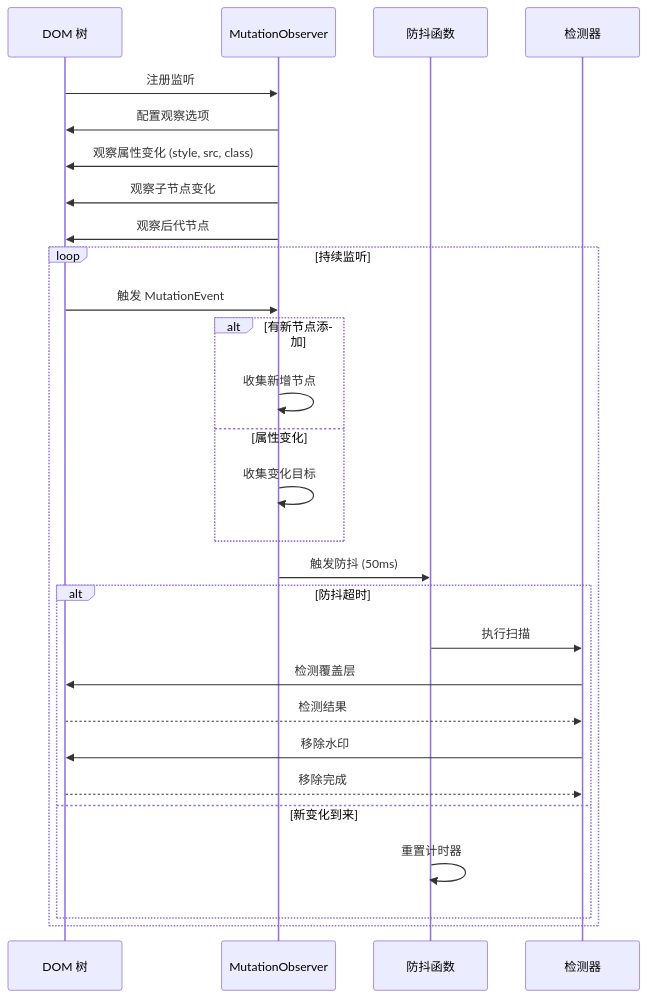
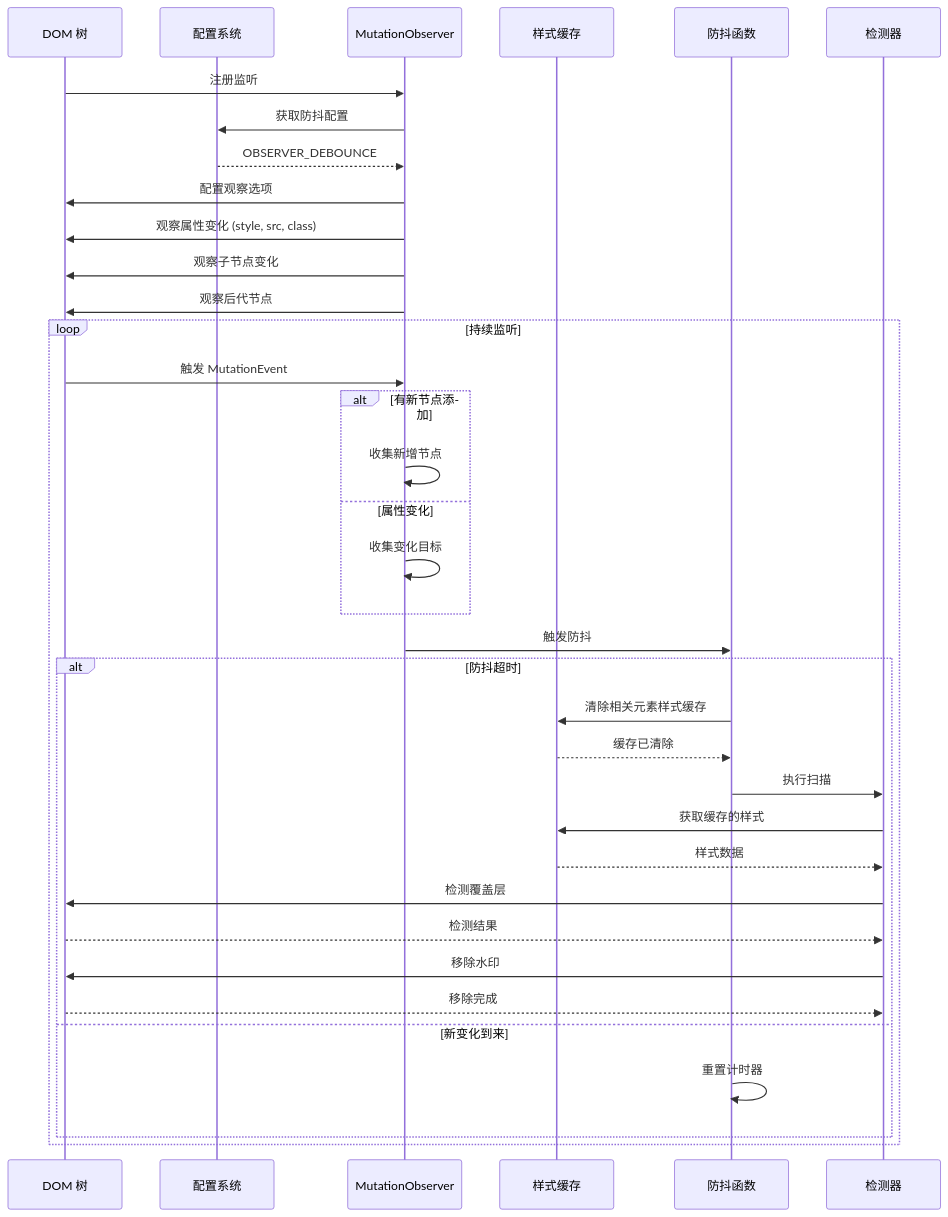
The fifth of 11 diagrams in SEQUENCE_DIAGRAMS.md (wang93wei/Xiaomi-MiMo-Studio-Watermark-Remover), drawn with Mermaid before and after one commit. The commit also changed other lines of this file, not shown here.

First line of the commit message:
更新时序图文档到 v1.3.5

````diff
--- a/SEQUENCE_DIAGRAMS.md
+++ b/SEQUENCE_DIAGRAMS.md
@@ -197,35 +295,44 @@
 ```mermaid
 sequenceDiagram
     participant DOM as DOM 树
+    participant Config as 配置系统
     participant Observer as MutationObserver
+    participant StyleCache as 样式缓存
     participant Debounce as 防抖函数
     participant Scanner as 检测器
 
     DOM->>Observer: 注册监听
+    Observer->>Config: 获取防抖配置
+    Config-->>Observer: OBSERVER_DEBOUNCE
     Observer->>DOM: 配置观察选项
     Observer->>DOM: 观察属性变化 (style, src, class)
     Observer->>DOM: 观察子节点变化
     Observer->>DOM: 观察后代节点
-    
+
     loop 持续监听
         DOM->>Observer: 触发 MutationEvent
-        
+
         alt 有新节点添加
             Observer->>Observer: 收集新增节点
         else 属性变化
             Observer->>Observer: 收集变化目标
         end
-        
-        Observer->>Debounce: 触发防抖 (50ms)
-        
+
+        Observer->>Debounce: 触发防抖
+
         alt 防抖超时
+            Debounce->>StyleCache: 清除相关元素样式缓存
+            StyleCache-->>Debounce: 缓存已清除
+
             Debounce->>Scanner: 执行扫描
+            Scanner->>StyleCache: 获取缓存的样式
+            StyleCache-->>Scanner: 样式数据
             Scanner->>DOM: 检测覆盖层
             DOM-->>Scanner: 检测结果
             Scanner->>DOM: 移除水印
             DOM-->>Scanner: 移除完成
         else 新变化到来
             Debounce->>Debounce: 重置计时器
         end
     end
 ```
````
